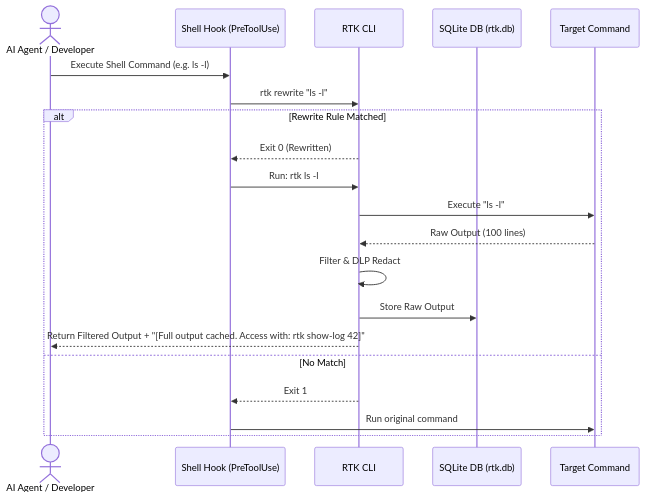
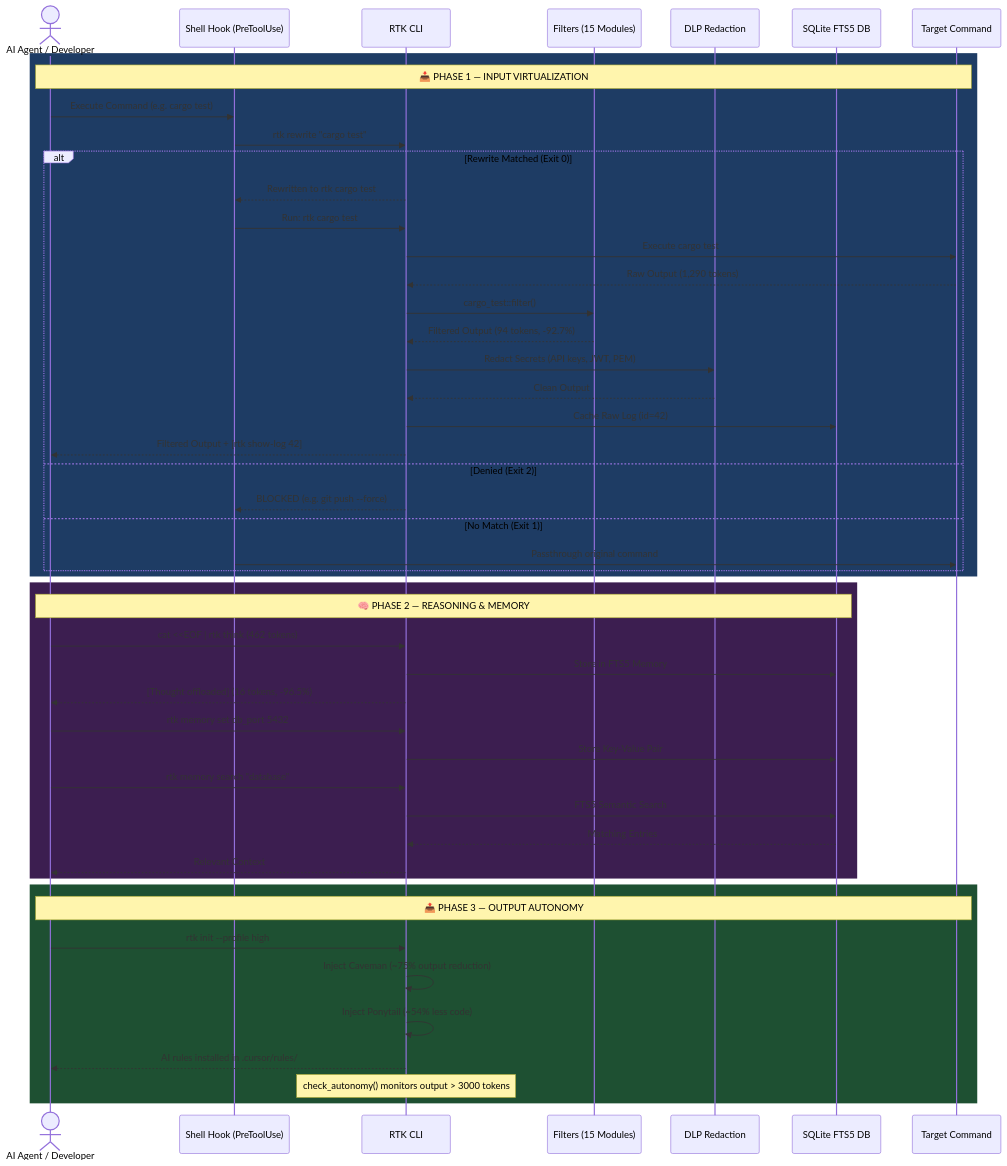
One commit to andreafinazziinfo/ai-token-saver changed the first of 2 diagrams in README.md. Above: the diagram before and after it, drawn with Mermaid. The commit also changed other lines of this file, not shown here.

Commit message:
docs: audit README - fix stats, add all 15 wrappers, update Mermaid diagrams with 3 phases
- Fix intro: 82.4% average (verified) instead of old 60-95% estimate
- Command Reference: add missing yarn, pnpm, composer, terraform, dotnet, rewrite, config
- Architecture diagram: show all 3 phases (Input/Reasoning/Output) with real benchmark data
- Pack diagram: add --limit token budget check and Tree-Sitter AST detail

````diff
--- a/README.md
+++ b/README.md
@@ -147,23 +149,54 @@
 ```mermaid
 sequenceDiagram
     actor LLM as AI Agent / Developer
     participant Hook as Shell Hook (PreToolUse)
     participant RTK as RTK CLI
-    participant DB as SQLite DB (rtk.db)
+    participant Filter as Filters (15 Modules)
+    participant DLP as DLP Redaction
+    participant DB as SQLite FTS5 DB
     participant Cmd as Target Command
 
-    LLM->>Hook: Execute Shell Command (e.g. ls -l)
-    Hook->>RTK: rtk rewrite "ls -l"
-    alt Rewrite Rule Matched
-        RTK-->>Hook: Exit 0 (Rewritten)
-        Hook->>RTK: Run: rtk ls -l
-        RTK->>Cmd: Execute "ls -l"
-        Cmd-->>RTK: Raw Output (100 lines)
-        RTK->>RTK: Filter & DLP Redact
-        RTK->>DB: Store Raw Output
-        RTK-->>LLM: Return Filtered Output + "[Full output cached. Access with: rtk show-log 42]"
-    else No Match
-        RTK-->>Hook: Exit 1
-        Hook->>Cmd: Run original command
+    rect rgb(30, 60, 100)
+    Note over LLM,Cmd: 📥 PHASE 1 — INPUT VIRTUALIZATION
+    LLM->>Hook: Execute Command (e.g. cargo test)
+    Hook->>RTK: rtk rewrite "cargo test"
+    alt Rewrite Matched (Exit 0)
+        RTK-->>Hook: Rewritten to rtk cargo test
+        Hook->>RTK: Run: rtk cargo test
+        RTK->>Cmd: Execute cargo test
+        Cmd-->>RTK: Raw Output (1,290 tokens)
+        RTK->>Filter: cargo_test::filter()
+        Filter-->>RTK: Filtered Output (94 tokens, -92.7%)
+        RTK->>DLP: Redact Secrets (API keys, JWT, PEM)
+        DLP-->>RTK: Clean Output
+        RTK->>DB: Cache Raw Log (id=42)
+        RTK-->>LLM: Filtered Output + [rtk show-log 42]
+    else Denied (Exit 2)
+        RTK-->>Hook: BLOCKED (e.g. git push --force)
+    else No Match (Exit 1)
+        Hook->>Cmd: Passthrough original command
+    end
+    end
+
+    rect rgb(60, 30, 80)
+    Note over LLM,DB: 🧠 PHASE 2 — REASONING & MEMORY
+    LLM->>RTK: cat <<EOF | rtk think (462 tokens)
+    RTK->>DB: Store in FTS5 Memory
+    RTK-->>LLM: [Thought offloaded] (16 tokens, -96.5%)
+    LLM->>RTK: rtk memory set db_port 5432
+    RTK->>DB: Store Key-Value Pair
+    LLM->>RTK: rtk memory search "database"
+    RTK->>DB: FTS5 Semantic Search
+    DB-->>RTK: Matching Entries
+    RTK-->>LLM: Relevant Context
+    end
+
+    rect rgb(30, 80, 50)
+    Note over LLM,Cmd: 📤 PHASE 3 — OUTPUT AUTONOMY
+    LLM->>RTK: rtk init --profile high
+    RTK->>RTK: Inject Caveman (~75% output reduction)
+    RTK->>RTK: Inject Ponytail (~54% less code)
+    RTK-->>LLM: AI rules installed in .cursor/rules/
+    Note over RTK: check_autonomy() monitors output > 3000 tokens
     end
 ```
````
